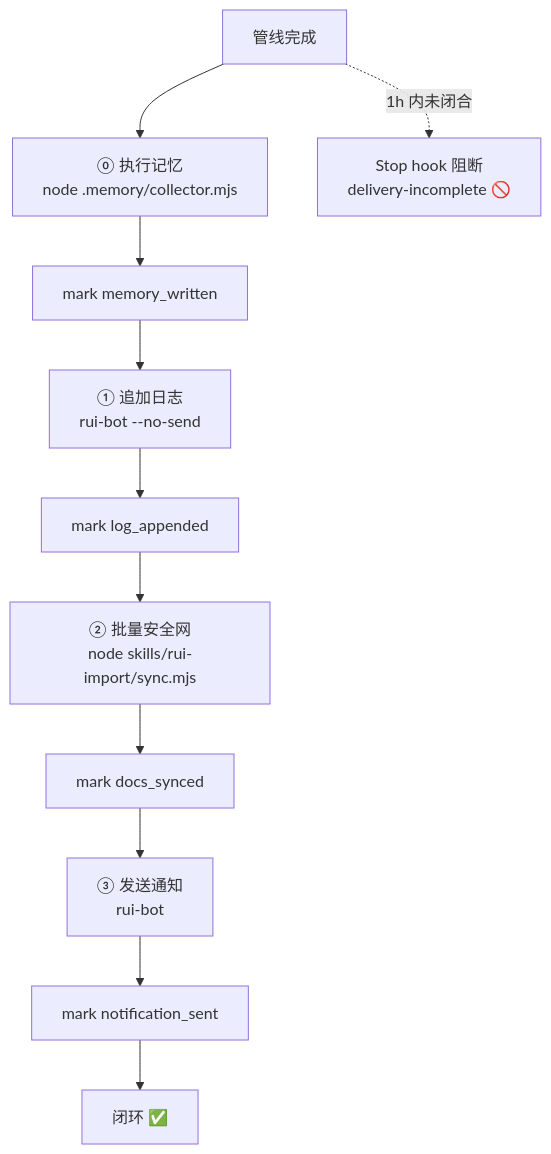
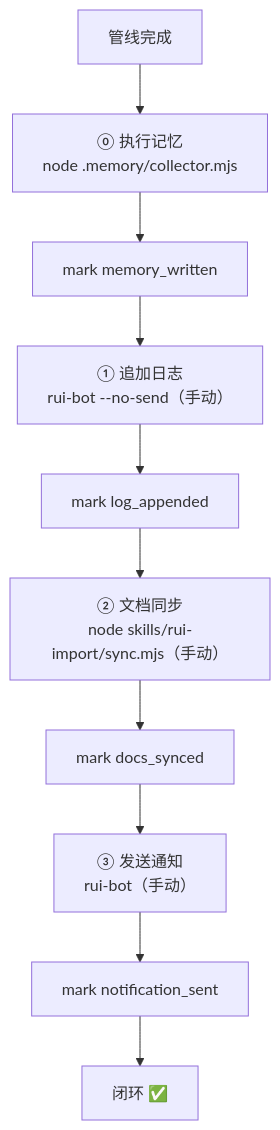
The first of 6 diagrams in rules/delivery-gate.md (effiy/YrY), drawn with Mermaid before and after one commit. The commit also changed other lines of this file and 37 other files, not shown here.

````diff
--- a/rules/delivery-gate.md
+++ b/rules/delivery-gate.md
@@ -31,15 +58,13 @@
 ```mermaid
 flowchart TB
     DONE["管线完成"]:::src --> S0["⓪ 执行记忆<br/>node .memory/collector.mjs"]:::step
     S0 --> M0["mark memory_written"]:::mark
-    M0 --> S1["① 追加日志<br/>rui-bot --no-send"]:::step
+    M0 --> S1["① 追加日志<br/>rui-bot --no-send（手动）"]:::step
     S1 --> M1["mark log_appended"]:::mark
-    M1 --> S2["② 批量安全网<br/>node skills/rui-import/sync.mjs"]:::step
+    M1 --> S2["② 文档同步<br/>node skills/rui-import/sync.mjs（手动）"]:::step
     S2 --> M2["mark docs_synced"]:::mark
-    M2 --> S3["③ 发送通知<br/>rui-bot"]:::step
+    M2 --> S3["③ 发送通知<br/>rui-bot（手动）"]:::step
     S3 --> M3["mark notification_sent"]:::mark
     M3 --> CLOSED["闭环 ✅"]:::done
 
-    DONE -.->|"1h 内未闭合"| STOP["Stop hook 阻断<br/>delivery-incomplete 🚫"]:::block
-
 ```
````
